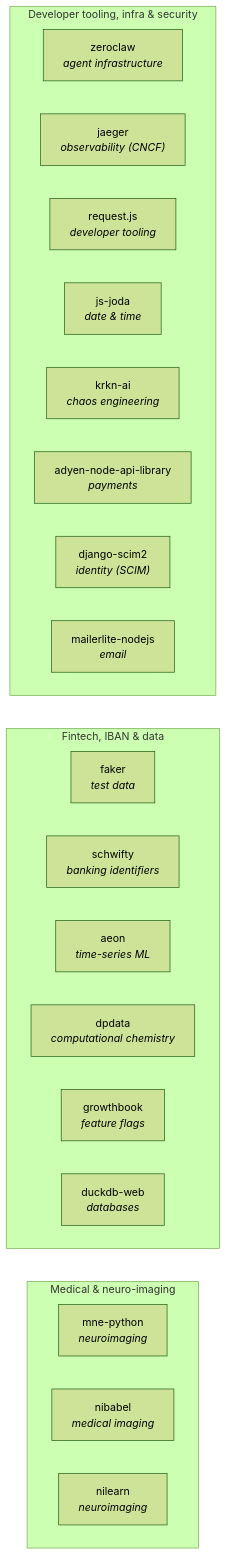
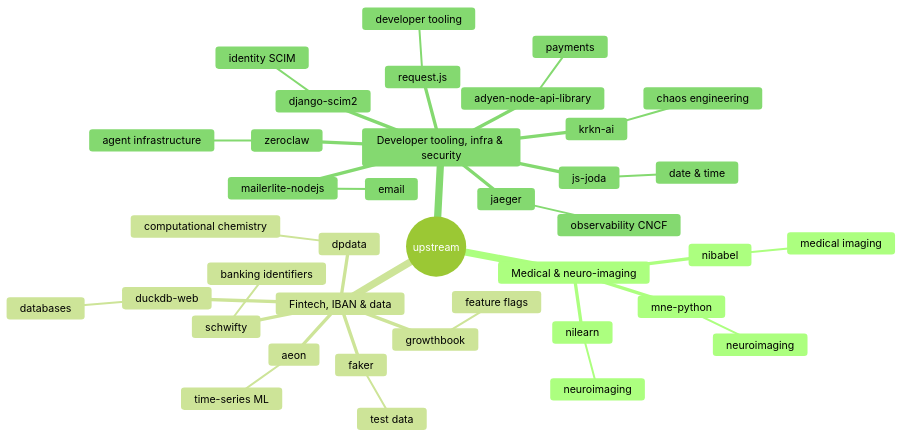
Before and after one commit to CedricConday/CedricConday: the diagram in README.md, drawn with Mermaid (forest theme). The commit also changed 1 other file, not shown here.

Commit message:
Domain map: mindmap, packs radially

````diff
--- a/README.md
+++ b/README.md
@@ -29,29 +29,41 @@
 ```mermaid
-flowchart LR
-  subgraph B0["Medical & neuro-imaging"]
-    direction LR
-    Nmnetoolsmnepython["mne-python<br/><i>neuroimaging</i>"]
-    Nnipynibabel["nibabel<br/><i>medical imaging</i>"]
-    Nnilearnnilearn["nilearn<br/><i>neuroimaging</i>"]
-  end
-  subgraph B1["Fintech, IBAN & data"]
-    direction LR
-    Njoke2kfaker["faker<br/><i>test data</i>"]
-    Nmdomkeschwifty["schwifty<br/><i>banking identifiers</i>"]
-    Naeontoolkitaeon["aeon<br/><i>time-series ML</i>"]
-    Ndeepmodelingdpdata["dpdata<br/><i>computational chemistry</i>"]
-    Ngrowthbookgrowthbook["growthbook<br/><i>feature flags</i>"]
-    Nduckdbduckdbweb["duckdb-web<br/><i>databases</i>"]
-  end
-  subgraph B2["Developer tooling, infra & security"]
-    direction LR
-    Nzeroclawlabszeroclaw["zeroclaw<br/><i>agent infrastructure</i>"]
-    Njaegertracingjaeger["jaeger<br/><i>observability (CNCF)</i>"]
-    Noctokitrequestjs["request.js<br/><i>developer tooling</i>"]
-    Njsjodajsjoda["js-joda<br/><i>date & time</i>"]
-    Nkrknchaoskrknai["krkn-ai<br/><i>chaos engineering</i>"]
-    NAdyenadyennodeapilibrary["adyen-node-api-library<br/><i>payments</i>"]
-    N15fivedjangoscim2["django-scim2<br/><i>identity (SCIM)</i>"]
-    Nmailerlitemailerlitenodejs["mailerlite-nodejs<br/><i>email</i>"]
-  end
+mindmap
+  root((upstream))
+    Medical & neuro-imaging
+      mne-python
+        neuroimaging
+      nibabel
+        medical imaging
+      nilearn
+        neuroimaging
+    Fintech, IBAN & data
+      faker
+        test data
+      schwifty
+        banking identifiers
+      aeon
+        time-series ML
+      dpdata
+        computational chemistry
+      growthbook
+        feature flags
+      duckdb-web
+        databases
+    Developer tooling, infra & security
+      zeroclaw
+        agent infrastructure
+      jaeger
+        observability CNCF
+      request.js
+        developer tooling
+      js-joda
+        date & time
+      krkn-ai
+        chaos engineering
+      adyen-node-api-library
+        payments
+      django-scim2
+        identity SCIM
+      mailerlite-nodejs
+        email
 ```
````
